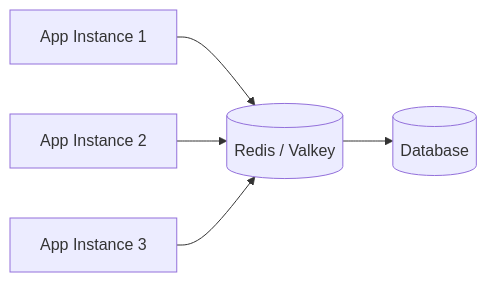
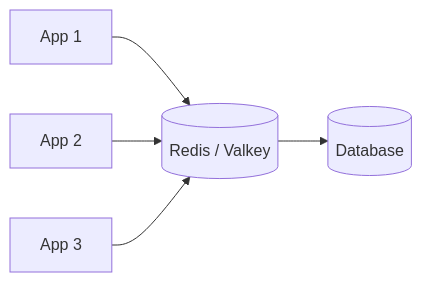
Before and after one commit to AvadhBhalodiya/Interview-Preparation: the fifth of 12 diagrams in src/content/system-design/caching-layers-stampede.md, drawn with Mermaid. The commit also changed other lines of this file and 54 other files, not shown here.

````diff
--- a/src/content/system-design/caching-layers-stampede.md
+++ b/src/content/system-design/caching-layers-stampede.md
@@ -297,7 +284,7 @@
 ```mermaid
 flowchart LR
-    A1[App Instance 1] --> R[(Redis / Valkey)]
-    A2[App Instance 2] --> R
-    A3[App Instance 3] --> R
+    A1[App 1] --> R[(Redis / Valkey)]
+    A2[App 2] --> R
+    A3[App 3] --> R
     R --> DB[(Database)]
 ```
````
